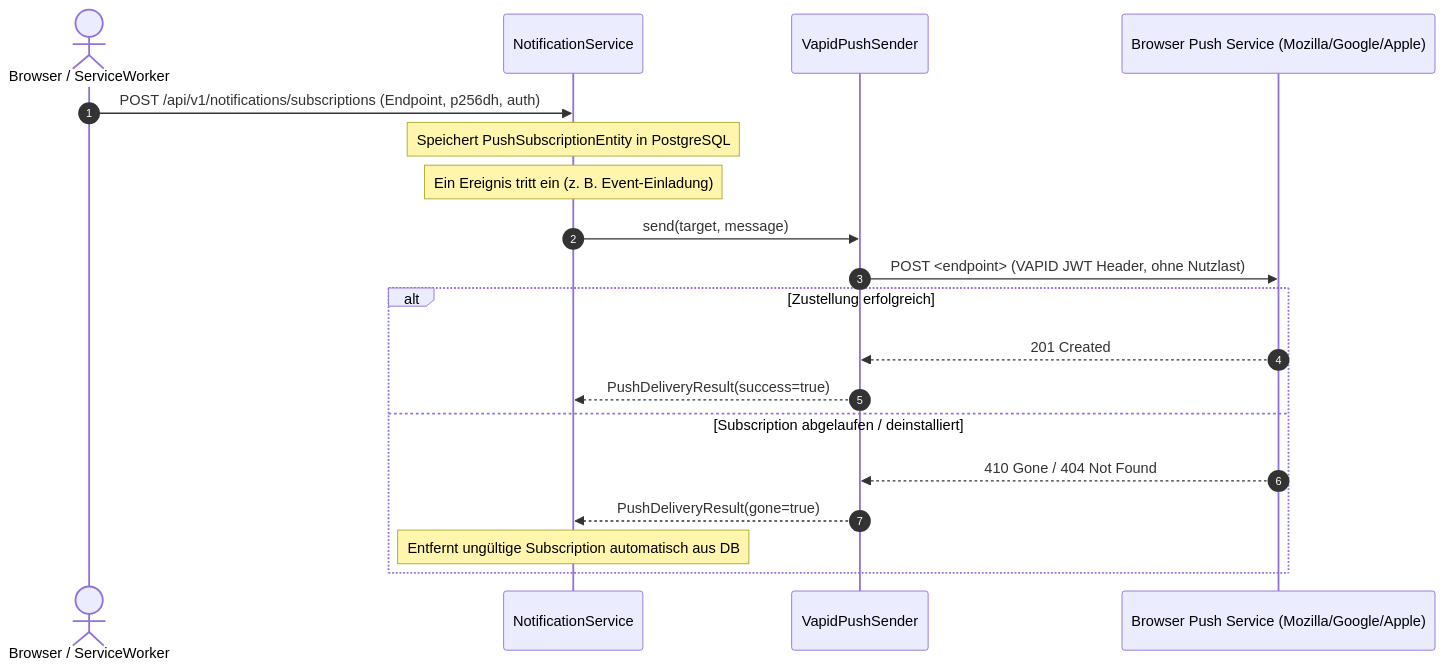
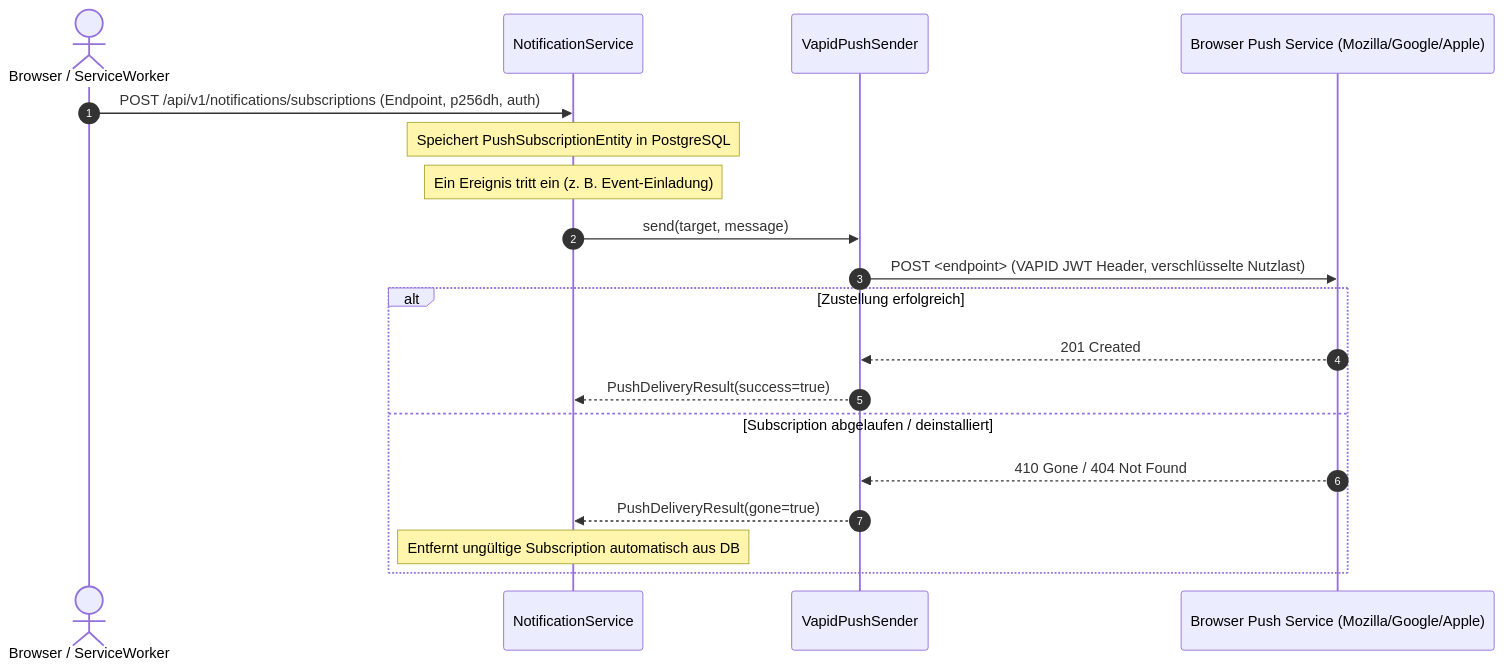
One commit to damaurer/vereint changed the second of 2 diagrams in docs/baseservice/06-integrations.md. Above: the diagram before and after it, drawn with Mermaid. The commit also changed other lines of this file and 21 other files, not shown here.

````diff
--- a/docs/baseservice/06-integrations.md
+++ b/docs/baseservice/06-integrations.md
@@ -61,22 +61,22 @@
 ```mermaid
 sequenceDiagram
   autonumber
   actor User as Browser / ServiceWorker
   participant Base as NotificationService
   participant Push as VapidPushSender
   participant Gateway as Browser Push Service (Mozilla/Google/Apple)
 
   User->>Base: POST /api/v1/notifications/subscriptions (Endpoint, p256dh, auth)
   Note over Base: Speichert PushSubscriptionEntity in PostgreSQL
   Note over Base: Ein Ereignis tritt ein (z. B. Event-Einladung)
   Base->>Push: send(target, message)
-  Push->>Gateway: POST <endpoint> (VAPID JWT Header, ohne Nutzlast)
+  Push->>Gateway: POST <endpoint> (VAPID JWT Header, verschlüsselte Nutzlast)
   alt Zustellung erfolgreich
     Gateway-->>Push: 201 Created
     Push-->>Base: PushDeliveryResult(success=true)
   else Subscription abgelaufen / deinstalliert
     Gateway-->>Push: 410 Gone / 404 Not Found
     Push-->>Base: PushDeliveryResult(gone=true)
     Note over Base: Entfernt ungültige Subscription automatisch aus DB
   end
 ```
````
